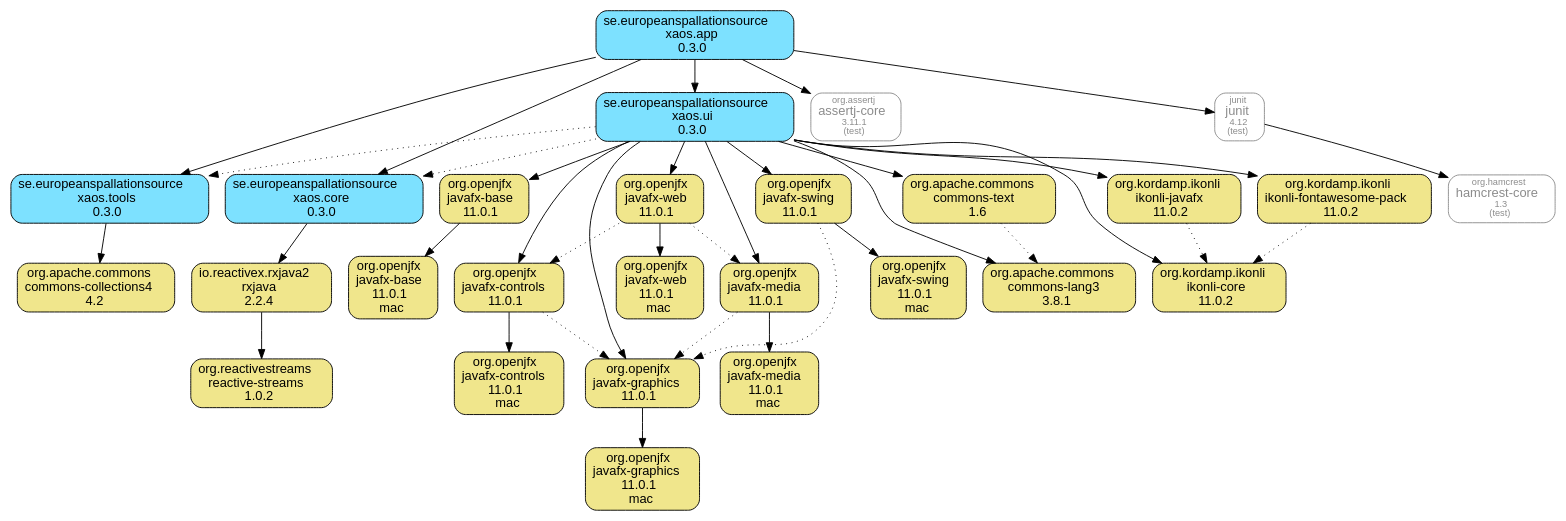
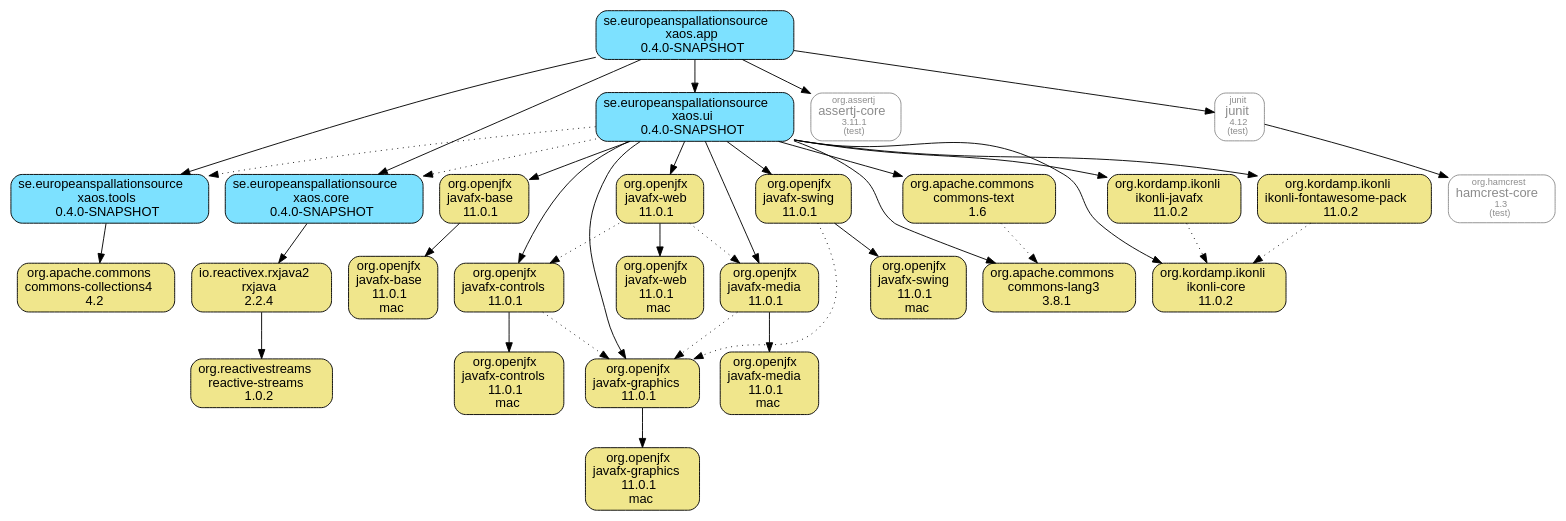
The diagram in xaos.app.module/doc/maven-dependencies.dot (ESSICS/XAOS), drawn with Graphviz before and after one commit. The commit also changed 15 other files, not shown here.

```diff
--- a/xaos.app.module/doc/maven-dependencies.dot
+++ b/xaos.app.module/doc/maven-dependencies.dot
@@ -1,71 +1,71 @@
 digraph "xaos.app" {
   node [shape="box",style="rounded",fontname="Helvetica",fontsize="14"]
   edge [fontsize="10",fontname="Helvetica"]
 
   // Node Definitions:
-  "se.europeanspallationsource:xaos.tools:jar"[shape="box",style="rounded, filled",fillcolor="#7DE1FF",label=<se.europeanspallationsource<br/>xaos.tools<br/>0.3.0>]
+  "se.europeanspallationsource:xaos.tools:jar"[shape="box",style="rounded, filled",fillcolor="#7DE1FF",label=<se.europeanspallationsource<br/>xaos.tools<br/>0.4.0-SNAPSHOT>]
   "org.apache.commons:commons-collections4:jar"[shape="box",style="rounded, filled",fillcolor="khaki",label=<org.apache.commons<br/>commons-collections4<br/>4.2>]
-  "se.europeanspallationsource:xaos.app:jar"[shape="box",style="rounded, filled",fillcolor="#7DE1FF",label=<se.europeanspallationsource<br/>xaos.app<br/>0.3.0>]
+  "se.europeanspallationsource:xaos.app:jar"[shape="box",style="rounded, filled",fillcolor="#7DE1FF",label=<se.europeanspallationsource<br/>xaos.app<br/>0.4.0-SNAPSHOT>]
   "io.reactivex.rxjava2:rxjava:jar"[shape="box",style="rounded, filled",fillcolor="khaki",label=<io.reactivex.rxjava2<br/>rxjava<br/>2.2.4>]
   "org.reactivestreams:reactive-streams:jar"[shape="box",style="rounded, filled",fillcolor="khaki",label=<org.reactivestreams<br/>reactive-streams<br/>1.0.2>]
-  "se.europeanspallationsource:xaos.core:jar"[shape="box",style="rounded, filled",fillcolor="#7DE1FF",label=<se.europeanspallationsource<br/>xaos.core<br/>0.3.0>]
+  "se.europeanspallationsource:xaos.core:jar"[shape="box",style="rounded, filled",fillcolor="#7DE1FF",label=<se.europeanspallationsource<br/>xaos.core<br/>0.4.0-SNAPSHOT>]
   "org.openjfx:javafx-base:jar"[shape="box",style="rounded, filled",fillcolor="khaki",label=<org.openjfx<br/>javafx-base<br/>11.0.1>]
   "org.openjfx:javafx-base:jar:mac"[shape="box",style="rounded, filled",fillcolor="khaki",label=<org.openjfx<br/>javafx-base<br/>11.0.1<br/>mac>]
-  "se.europeanspallationsource:xaos.ui:jar"[shape="box",style="rounded, filled",fillcolor="#7DE1FF",label=<se.europeanspallationsource<br/>xaos.ui<br/>0.3.0>]
+  "se.europeanspallationsource:xaos.ui:jar"[shape="box",style="rounded, filled",fillcolor="#7DE1FF",label=<se.europeanspallationsource<br/>xaos.ui<br/>0.4.0-SNAPSHOT>]
   "org.openjfx:javafx-controls:jar"[shape="box",style="rounded, filled",fillcolor="khaki",label=<org.openjfx<br/>javafx-controls<br/>11.0.1>]
   "org.openjfx:javafx-controls:jar:mac"[shape="box",style="rounded, filled",fillcolor="khaki",label=<org.openjfx<br/>javafx-controls<br/>11.0.1<br/>mac>]
   "org.openjfx:javafx-graphics:jar"[shape="box",style="rounded, filled",fillcolor="khaki",label=<org.openjfx<br/>javafx-graphics<br/>11.0.1>]
   "org.openjfx:javafx-graphics:jar:mac"[shape="box",style="rounded, filled",fillcolor="khaki",label=<org.openjfx<br/>javafx-graphics<br/>11.0.1<br/>mac>]
   "org.openjfx:javafx-media:jar"[shape="box",style="rounded, filled",fillcolor="khaki",label=<org.openjfx<br/>javafx-media<br/>11.0.1>]
   "org.openjfx:javafx-media:jar:mac"[shape="box",style="rounded, filled",fillcolor="khaki",label=<org.openjfx<br/>javafx-media<br/>11.0.1<br/>mac>]
   "org.openjfx:javafx-swing:jar"[shape="box",style="rounded, filled",fillcolor="khaki",label=<org.openjfx<br/>javafx-swing<br/>11.0.1>]
   "org.openjfx:javafx-swing:jar:mac"[shape="box",style="rounded, filled",fillcolor="khaki",label=<org.openjfx<br/>javafx-swing<br/>11.0.1<br/>mac>]
   "org.openjfx:javafx-web:jar"[shape="box",style="rounded, filled",fillcolor="khaki",label=<org.openjfx<br/>javafx-web<br/>11.0.1>]
   "org.openjfx:javafx-web:jar:mac"[shape="box",style="rounded, filled",fillcolor="khaki",label=<org.openjfx<br/>javafx-web<br/>11.0.1<br/>mac>]
   "org.apache.commons:commons-lang3:jar"[shape="box",style="rounded, filled",fillcolor="khaki",label=<org.apache.commons<br/>commons-lang3<br/>3.8.1>]
   "org.apache.commons:commons-text:jar"[shape="box",style="rounded, filled",fillcolor="khaki",label=<org.apache.commons<br/>commons-text<br/>1.6>]
   "org.kordamp.ikonli:ikonli-core:jar"[shape="box",style="rounded, filled",fillcolor="khaki",label=<org.kordamp.ikonli<br/>ikonli-core<br/>11.0.2>]
   "org.kordamp.ikonli:ikonli-javafx:jar"[shape="box",style="rounded, filled",fillcolor="khaki",label=<org.kordamp.ikonli<br/>ikonli-javafx<br/>11.0.2>]
   "org.kordamp.ikonli:ikonli-fontawesome-pack:jar"[shape="box",style="rounded, filled",fillcolor="khaki",label=<org.kordamp.ikonli<br/>ikonli-fontawesome-pack<br/>11.0.2>]
   "org.assertj:assertj-core:jar"[shape="box",style="rounded",color="grey55",fontname="Helvetica",fontsize="14",fontcolor="grey55",label=<<font color="grey55" point-size="10">org.assertj</font><br/>assertj-core<font color="grey55" point-size="10"><br/>3.11.1</font><font color="grey55" point-size="10"><br/>(test)</font>>]
   "junit:junit:jar"[shape="box",style="rounded",color="grey55",fontname="Helvetica",fontsize="14",fontcolor="grey55",label=<<font color="grey55" point-size="10">junit</font><br/>junit<font color="grey55" point-size="10"><br/>4.12</font><font color="grey55" point-size="10"><br/>(test)</font>>]
   "org.hamcrest:hamcrest-core:jar"[shape="box",style="rounded",color="grey55",fontname="Helvetica",fontsize="14",fontcolor="grey55",label=<<font color="grey55" point-size="10">org.hamcrest</font><br/>hamcrest-core<font color="grey55" point-size="10"><br/>1.3</font><font color="grey55" point-size="10"><br/>(test)</font>>]
 
   // Edge Definitions:
   "se.europeanspallationsource:xaos.tools:jar" -> "org.apache.commons:commons-collections4:jar"
   "se.europeanspallationsource:xaos.app:jar" -> "se.europeanspallationsource:xaos.tools:jar"
   "io.reactivex.rxjava2:rxjava:jar" -> "org.reactivestreams:reactive-streams:jar"
   "se.europeanspallationsource:xaos.core:jar" -> "io.reactivex.rxjava2:rxjava:jar"
   "se.europeanspallationsource:xaos.app:jar" -> "se.europeanspallationsource:xaos.core:jar"
   "org.openjfx:javafx-base:jar" -> "org.openjfx:javafx-base:jar:mac"
   "se.europeanspallationsource:xaos.ui:jar" -> "org.openjfx:javafx-base:jar"
   "org.openjfx:javafx-controls:jar" -> "org.openjfx:javafx-controls:jar:mac"
   "org.openjfx:javafx-controls:jar" -> "org.openjfx:javafx-graphics:jar"[style="dotted"]
   "se.europeanspallationsource:xaos.ui:jar" -> "org.openjfx:javafx-controls:jar"
   "org.openjfx:javafx-graphics:jar" -> "org.openjfx:javafx-graphics:jar:mac"
   "se.europeanspallationsource:xaos.ui:jar" -> "org.openjfx:javafx-graphics:jar"
   "org.openjfx:javafx-media:jar" -> "org.openjfx:javafx-media:jar:mac"
   "org.openjfx:javafx-media:jar" -> "org.openjfx:javafx-graphics:jar"[style="dotted"]
   "se.europeanspallationsource:xaos.ui:jar" -> "org.openjfx:javafx-media:jar"
   "org.openjfx:javafx-swing:jar" -> "org.openjfx:javafx-swing:jar:mac"
   "org.openjfx:javafx-swing:jar" -> "org.openjfx:javafx-graphics:jar"[style="dotted"]
   "se.europeanspallationsource:xaos.ui:jar" -> "org.openjfx:javafx-swing:jar"
   "org.openjfx:javafx-web:jar" -> "org.openjfx:javafx-web:jar:mac"
   "org.openjfx:javafx-web:jar" -> "org.openjfx:javafx-controls:jar"[style="dotted"]
   "org.openjfx:javafx-web:jar" -> "org.openjfx:javafx-media:jar"[style="dotted"]
   "se.europeanspallationsource:xaos.ui:jar" -> "org.openjfx:javafx-web:jar"
   "se.europeanspallationsource:xaos.ui:jar" -> "org.apache.commons:commons-lang3:jar"
   "org.apache.commons:commons-text:jar" -> "org.apache.commons:commons-lang3:jar"[style="dotted"]
   "se.europeanspallationsource:xaos.ui:jar" -> "org.apache.commons:commons-text:jar"
   "se.europeanspallationsource:xaos.ui:jar" -> "org.kordamp.ikonli:ikonli-core:jar"
   "org.kordamp.ikonli:ikonli-javafx:jar" -> "org.kordamp.ikonli:ikonli-core:jar"[style="dotted"]
   "se.europeanspallationsource:xaos.ui:jar" -> "org.kordamp.ikonli:ikonli-javafx:jar"
   "org.kordamp.ikonli:ikonli-fontawesome-pack:jar" -> "org.kordamp.ikonli:ikonli-core:jar"[style="dotted"]
   "se.europeanspallationsource:xaos.ui:jar" -> "org.kordamp.ikonli:ikonli-fontawesome-pack:jar"
   "se.europeanspallationsource:xaos.ui:jar" -> "se.europeanspallationsource:xaos.tools:jar"[style="dotted"]
   "se.europeanspallationsource:xaos.ui:jar" -> "se.europeanspallationsource:xaos.core:jar"[style="dotted"]
   "se.europeanspallationsource:xaos.app:jar" -> "se.europeanspallationsource:xaos.ui:jar"
   "se.europeanspallationsource:xaos.app:jar" -> "org.assertj:assertj-core:jar"
   "junit:junit:jar" -> "org.hamcrest:hamcrest-core:jar"
   "se.europeanspallationsource:xaos.app:jar" -> "junit:junit:jar"
 }
```
